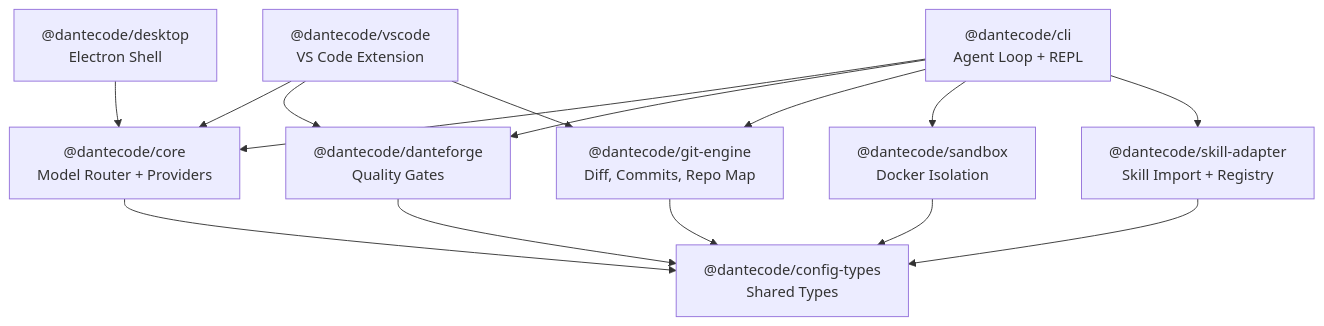
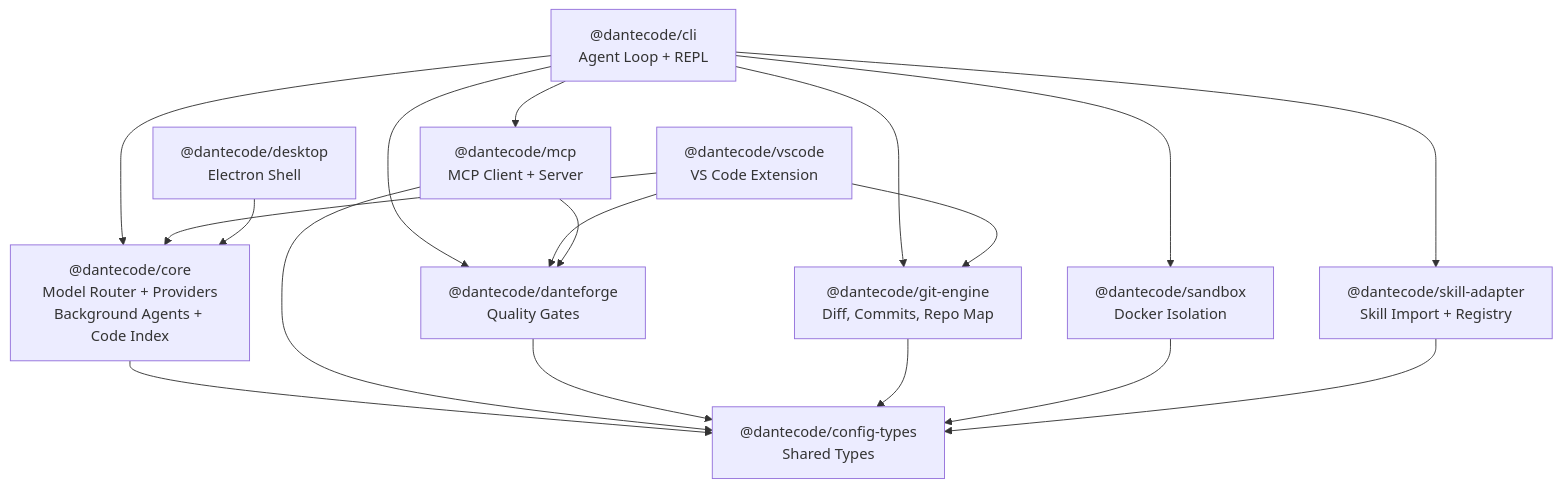
The diagram in README.md (dantericardo88/dantecode), drawn with Mermaid before and after one commit. The commit also changed other lines of this file and 55 other files, not shown here.

First line of the commit message:
feat: MCP protocol, background agents, code search, chat persistence, VS Code polish

````diff
--- a/README.md
+++ b/README.md
@@ -30,29 +45,33 @@
 ```mermaid
 graph TD
     CLI["@dantecode/cli<br/>Agent Loop + REPL"]
     VSCode["@dantecode/vscode<br/>VS Code Extension"]
     Desktop["@dantecode/desktop<br/>Electron Shell"]
 
-    Core["@dantecode/core<br/>Model Router + Providers"]
+    Core["@dantecode/core<br/>Model Router + Providers<br/>Background Agents + Code Index"]
+    MCP["@dantecode/mcp<br/>MCP Client + Server"]
     DanteForge["@dantecode/danteforge<br/>Quality Gates"]
     GitEngine["@dantecode/git-engine<br/>Diff, Commits, Repo Map"]
     Sandbox["@dantecode/sandbox<br/>Docker Isolation"]
     SkillAdapter["@dantecode/skill-adapter<br/>Skill Import + Registry"]
     ConfigTypes["@dantecode/config-types<br/>Shared Types"]
 
     CLI --> Core
+    CLI --> MCP
     CLI --> DanteForge
     CLI --> GitEngine
     CLI --> Sandbox
     CLI --> SkillAdapter
     VSCode --> Core
     VSCode --> DanteForge
     VSCode --> GitEngine
     Desktop --> Core
 
+    MCP --> DanteForge
     Core --> ConfigTypes
+    MCP --> ConfigTypes
     DanteForge --> ConfigTypes
     GitEngine --> ConfigTypes
     Sandbox --> ConfigTypes
     SkillAdapter --> ConfigTypes
 ```
````
